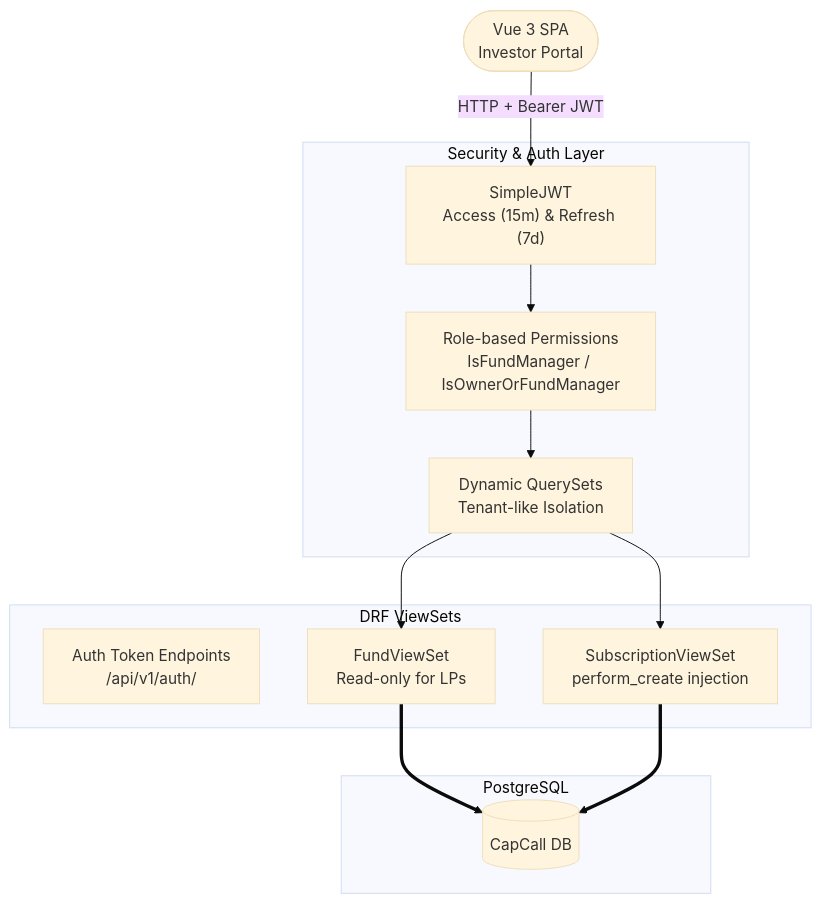
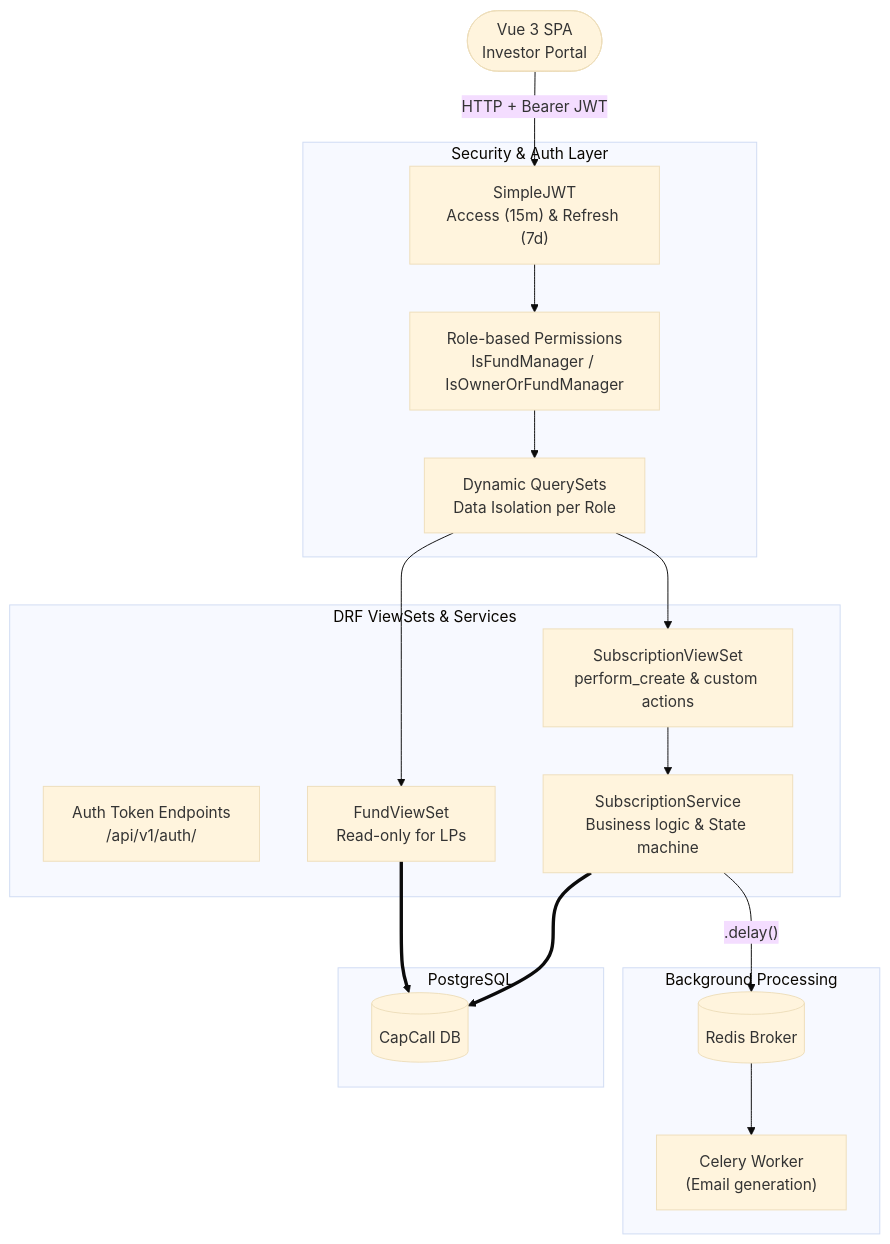
Before and after one commit to guillemdiaz/capcall: the first of 2 diagrams in README.md, drawn with Mermaid (base theme). The commit also changed other lines of this file, not shown here.

Commit message:
docs: update README to reflect current architecture

````diff
--- a/README.md
+++ b/README.md
@@ -29,28 +30,37 @@
 ```mermaid
 flowchart TD
     Client(["Vue 3 SPA\nInvestor Portal"])
 
     subgraph Security["Security & Auth Layer"]
         JWT["SimpleJWT\nAccess (15m) & Refresh (7d)"]
         Permissions["Role-based Permissions\nIsFundManager / IsOwnerOrFundManager"]
-        QuerySet["Dynamic QuerySets\nTenant-like Isolation"]
+        QuerySet["Dynamic QuerySets\nData Isolation per Role"]
     end
 
-    subgraph Controllers["DRF ViewSets"]
+    subgraph Controllers["DRF ViewSets & Services"]
         AuthView["Auth Token Endpoints\n/api/v1/auth/"]
         FundView["FundViewSet\nRead-only for LPs"]
-        SubView["SubscriptionViewSet\nperform_create injection"]
+        SubView["SubscriptionViewSet\nperform_create & custom actions"]
+        ServiceLayer["SubscriptionService\nBusiness logic & State machine"]
+    end
+
+    subgraph AsyncLayer["Background Processing"]
+        RedisBroker[("Redis Broker")]
+        CeleryWorker["Celery Worker\n(Email generation)"]
     end
 
     subgraph DatabaseLayer["PostgreSQL"]
         DB[(CapCall DB)]
     end
 
     Client -- "HTTP + Bearer JWT" --> JWT
     JWT --> Permissions
     Permissions --> QuerySet
     QuerySet --> FundView
     QuerySet --> SubView
     FundView ==> DB
-    SubView ==> DB
+    SubView --> ServiceLayer
+    ServiceLayer ==> DB
+    ServiceLayer -- ".delay()" --> RedisBroker
+    RedisBroker --> CeleryWorker
 ```
````
